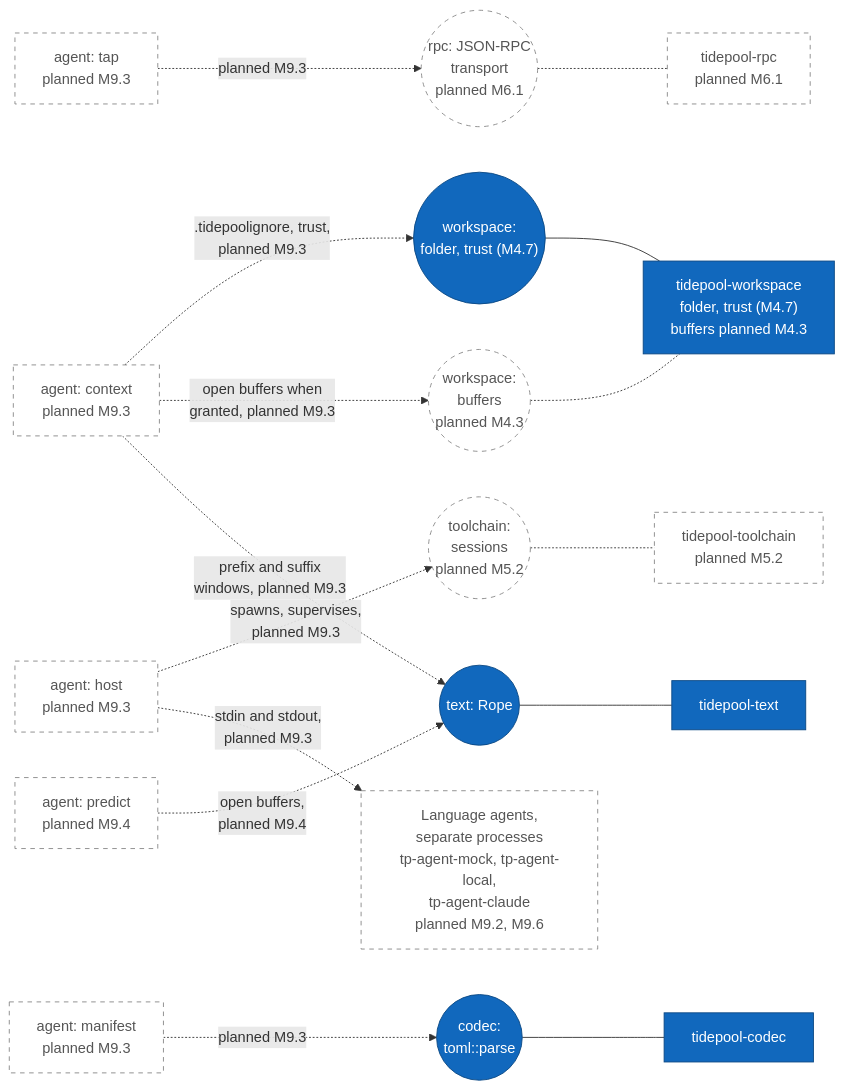
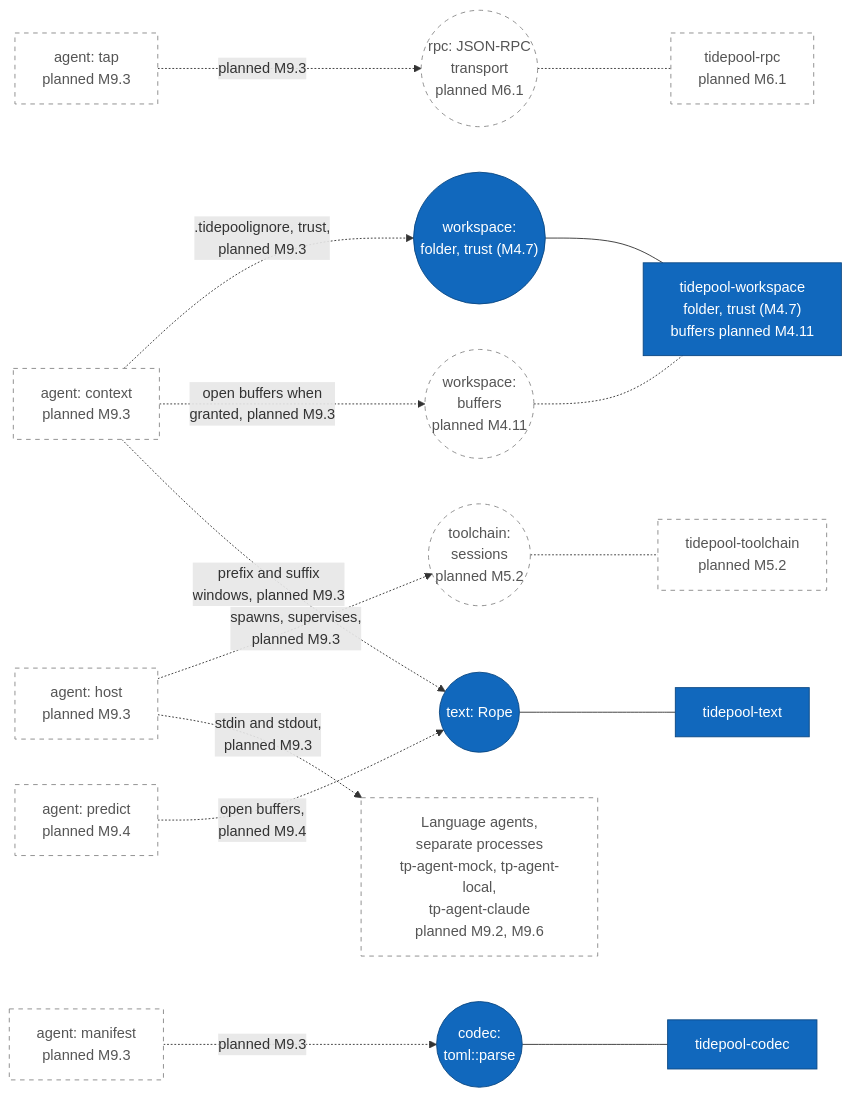
Before and after one commit to jabbott-iii/Tidepool: diagram 16 of 21 in diagrams/component-diagrams.md, drawn with Mermaid. The commit also changed other lines of this file and 28 other files, not shown here.

````diff
--- a/diagrams/component-diagrams.md
+++ b/diagrams/component-diagrams.md
@@ -988,45 +991,45 @@
 ```mermaid
 flowchart LR
     c_tap["agent: tap<br/>planned M9.3"]
     c_host["agent: host<br/>planned M9.3"]
     c_context["agent: context<br/>planned M9.3"]
     c_predict["agent: predict<br/>planned M9.4"]
     c_manifest["agent: manifest<br/>planned M9.3"]
 
     i_framing(("rpc: JSON-RPC<br/>transport<br/>planned M6.1"))
     i_sessions(("toolchain:<br/>sessions<br/>planned M5.2"))
     i_folder(("workspace:<br/>folder, trust (M4.7)"))
-    i_buffers(("workspace:<br/>buffers<br/>planned M4.3"))
+    i_buffers(("workspace:<br/>buffers<br/>planned M4.11"))
     i_rope(("text: Rope"))
     i_tparse(("codec:<br/>toml::parse"))
 
     c_rpc["tidepool-rpc<br/>planned M6.1"]
     c_toolchain["tidepool-toolchain<br/>planned M5.2"]
-    c_workspace["tidepool-workspace<br/>folder, trust (M4.7)<br/>buffers planned M4.3"]
+    c_workspace["tidepool-workspace<br/>folder, trust (M4.7)<br/>buffers planned M4.11"]
     c_text["tidepool-text"]
     c_codec["tidepool-codec"]
     e_agent["Language agents,<br/>separate processes<br/>tp-agent-mock, tp-agent-local,<br/>tp-agent-claude<br/>planned M9.2, M9.6"]
 
     c_tap -.->|"planned M9.3"| i_framing
     c_host -.->|"spawns, supervises,<br/>planned M9.3"| i_sessions
     c_host -.->|"stdin and stdout,<br/>planned M9.3"| e_agent
     c_context -.->|".tidepoolignore, trust,<br/>planned M9.3"| i_folder
     c_context -.->|"open buffers when<br/>granted, planned M9.3"| i_buffers
     c_context -.->|"prefix and suffix<br/>windows, planned M9.3"| i_rope
     c_predict -.->|"open buffers,<br/>planned M9.4"| i_rope
     c_manifest -.->|"planned M9.3"| i_tparse
 
     i_framing -.- c_rpc
     i_sessions -.- c_toolchain
     i_folder --- c_workspace
     i_buffers -.- c_workspace
     i_rope --- c_text
     i_tparse --- c_codec
 
     classDef built fill:#1168bd,stroke:#0b4884,color:#ffffff
     classDef planned fill:#ffffff,stroke:#888888,stroke-dasharray: 5 5,color:#555555
     class c_text,c_codec,c_workspace,i_rope,i_tparse,i_folder built
     class c_tap,c_host,c_context,c_predict,c_manifest planned
     class c_rpc,c_toolchain,e_agent planned
     class i_framing,i_sessions,i_buffers planned
 ```
````
